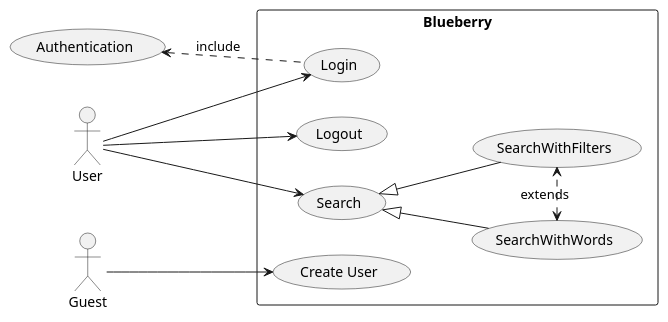
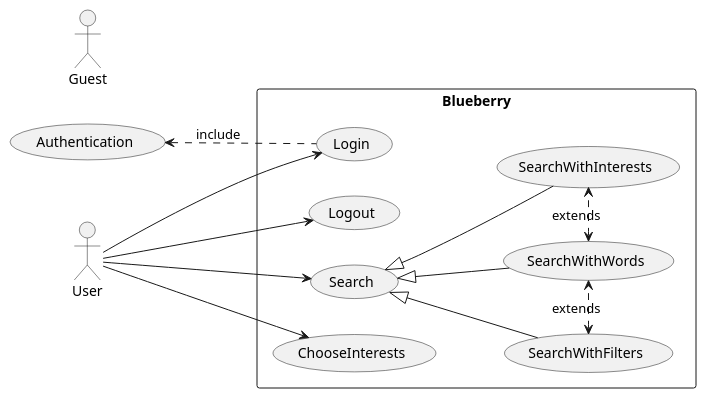
The diagram in docs/uml/usecase.puml (toffernator/blueberry), drawn with PlantUML before and after one commit. The commit also changed 2 other files, not shown here.

Commit message:
Update the sequence and usecase diagrams

```diff
--- a/docs/uml/usecase.puml
+++ b/docs/uml/usecase.puml
@@ -1,26 +1,29 @@
 @startuml
 left to right direction
 actor "User" as user
 actor "Guest" as guest
 rectangle Blueberry {
-  usecase "Create User" as create
+  usecase "ChooseInterests" as interests
   usecase "Login" as login
   usecase "Logout" as logout
   usecase "Search" as search
-  usecase "SearchWithWords" as filter
-  usecase "SearchWithFilters" as unfilter
+  usecase "SearchWithInterests" as searchinterests
+  usecase "SearchWithWords" as unfilter
+  usecase "SearchWithFilters" as filter
 }
 usecase "Authentication" as auth
 
 user --> login
 user --> logout
+user --> interests
 login -up.> auth : include
 
 user --> search
 search <|-- filter
 search <|-- unfilter
+search <|-- searchinterests
 
+searchinterests <.left.> unfilter : extends
 filter <.> unfilter : extends 
 
-guest --> create
 @enduml
```
